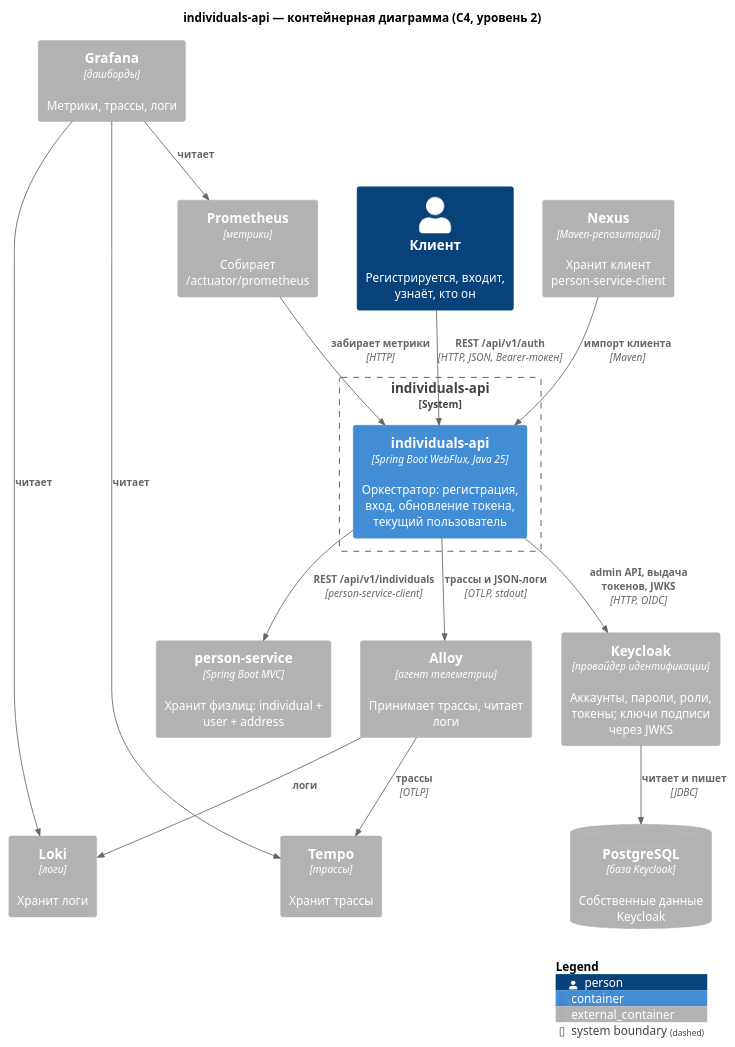
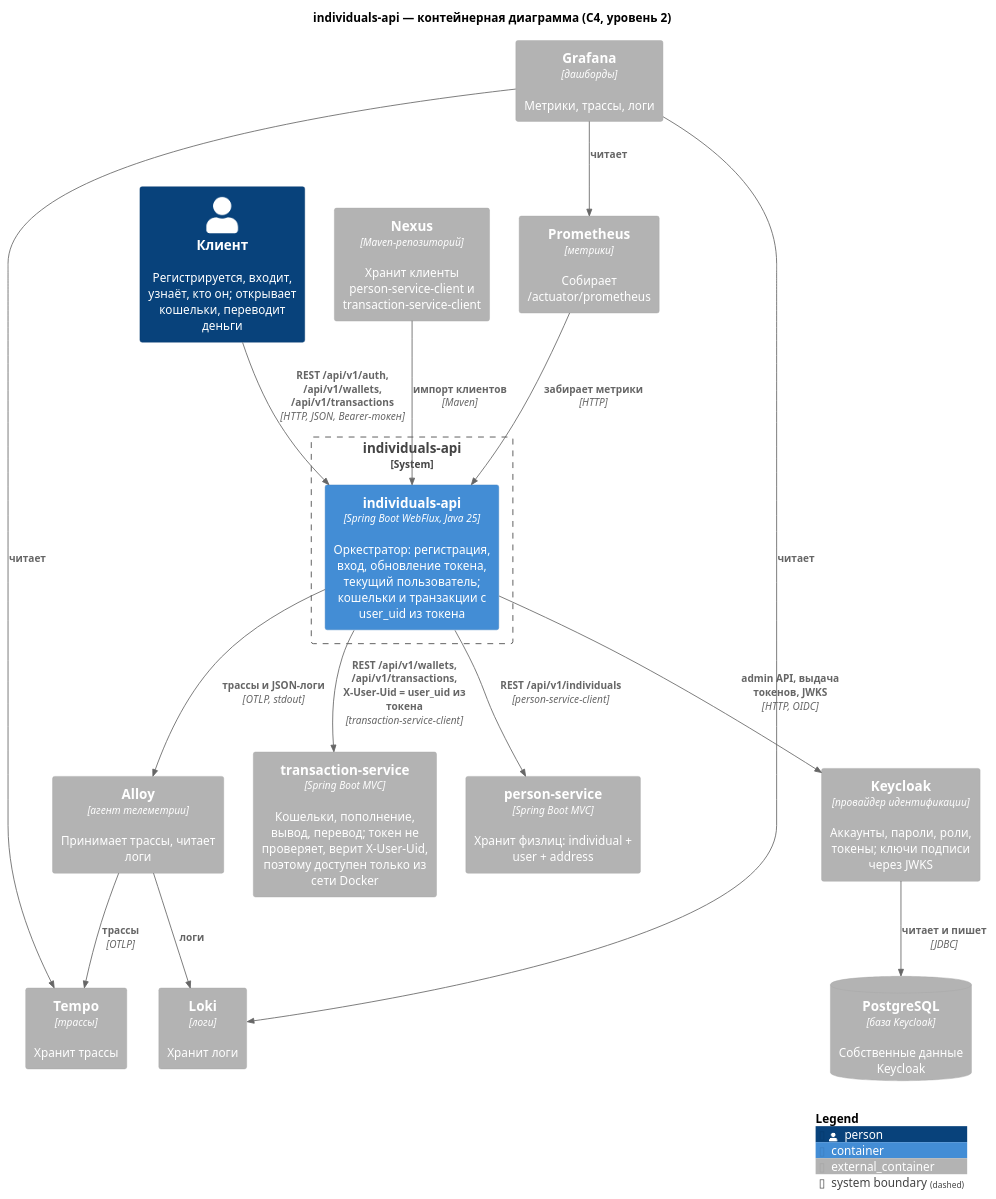
Before and after one commit to dezxxx/payment-platform: the diagram in individuals-api/diagrams-c4/uml/ru/container.puml, drawn with PlantUML. The commit also changed 20 other files, not shown here.

Commit message:
feat: connect individuals-api to transaction-service and draw its diagrams

```diff
--- a/individuals-api/diagrams-c4/uml/ru/container.puml
+++ b/individuals-api/diagrams-c4/uml/ru/container.puml
@@ -1,36 +1,38 @@
 @startuml container
 !include <C4/C4_Container>
 
 title individuals-api — контейнерная диаграмма (C4, уровень 2)
 
-Person(client, "Клиент", "Регистрируется, входит, узнаёт, кто он")
+Person(client, "Клиент", "Регистрируется, входит, узнаёт, кто он; открывает кошельки, переводит деньги")
 
 System_Boundary(ia, "individuals-api") {
-    Container(app, "individuals-api", "Spring Boot WebFlux, Java 25", "Оркестратор: регистрация, вход, обновление токена, текущий пользователь")
+    Container(app, "individuals-api", "Spring Boot WebFlux, Java 25", "Оркестратор: регистрация, вход, обновление токена, текущий пользователь; кошельки и транзакции с user_uid из токена")
 }
 
 Container_Ext(keycloak, "Keycloak", "провайдер идентификации", "Аккаунты, пароли, роли, токены; ключи подписи через JWKS")
 ContainerDb_Ext(keycloakDb, "PostgreSQL", "база Keycloak", "Собственные данные Keycloak")
 Container_Ext(personService, "person-service", "Spring Boot MVC", "Хранит физлиц: individual + user + address")
-Container_Ext(nexus, "Nexus", "Maven-репозиторий", "Хранит клиент person-service-client")
+Container_Ext(transactionService, "transaction-service", "Spring Boot MVC", "Кошельки, пополнение, вывод, перевод; токен не проверяет, верит X-User-Uid, поэтому доступен только из сети Docker")
+Container_Ext(nexus, "Nexus", "Maven-репозиторий", "Хранит клиенты person-service-client и transaction-service-client")
 Container_Ext(prometheus, "Prometheus", "метрики", "Собирает /actuator/prometheus")
 Container_Ext(alloy, "Alloy", "агент телеметрии", "Принимает трассы, читает логи")
 Container_Ext(tempo, "Tempo", "трассы", "Хранит трассы")
 Container_Ext(loki, "Loki", "логи", "Хранит логи")
 Container_Ext(grafana, "Grafana", "дашборды", "Метрики, трассы, логи")
 
-Rel(client, app, "REST /api/v1/auth", "HTTP, JSON, Bearer-токен")
+Rel(client, app, "REST /api/v1/auth, /api/v1/wallets, /api/v1/transactions", "HTTP, JSON, Bearer-токен")
 Rel(app, keycloak, "admin API, выдача токенов, JWKS", "HTTP, OIDC")
 Rel(keycloak, keycloakDb, "читает и пишет", "JDBC")
 Rel(app, personService, "REST /api/v1/individuals", "person-service-client")
-Rel(nexus, app, "импорт клиента", "Maven")
+Rel(app, transactionService, "REST /api/v1/wallets, /api/v1/transactions, X-User-Uid = user_uid из токена", "transaction-service-client")
+Rel(nexus, app, "импорт клиентов", "Maven")
 Rel(prometheus, app, "забирает метрики", "HTTP")
 Rel(app, alloy, "трассы и JSON-логи", "OTLP, stdout")
 Rel(alloy, tempo, "трассы", "OTLP")
 Rel(alloy, loki, "логи")
 Rel(grafana, prometheus, "читает")
 Rel(grafana, tempo, "читает")
 Rel(grafana, loki, "читает")
 
 SHOW_LEGEND()
 @enduml
```
